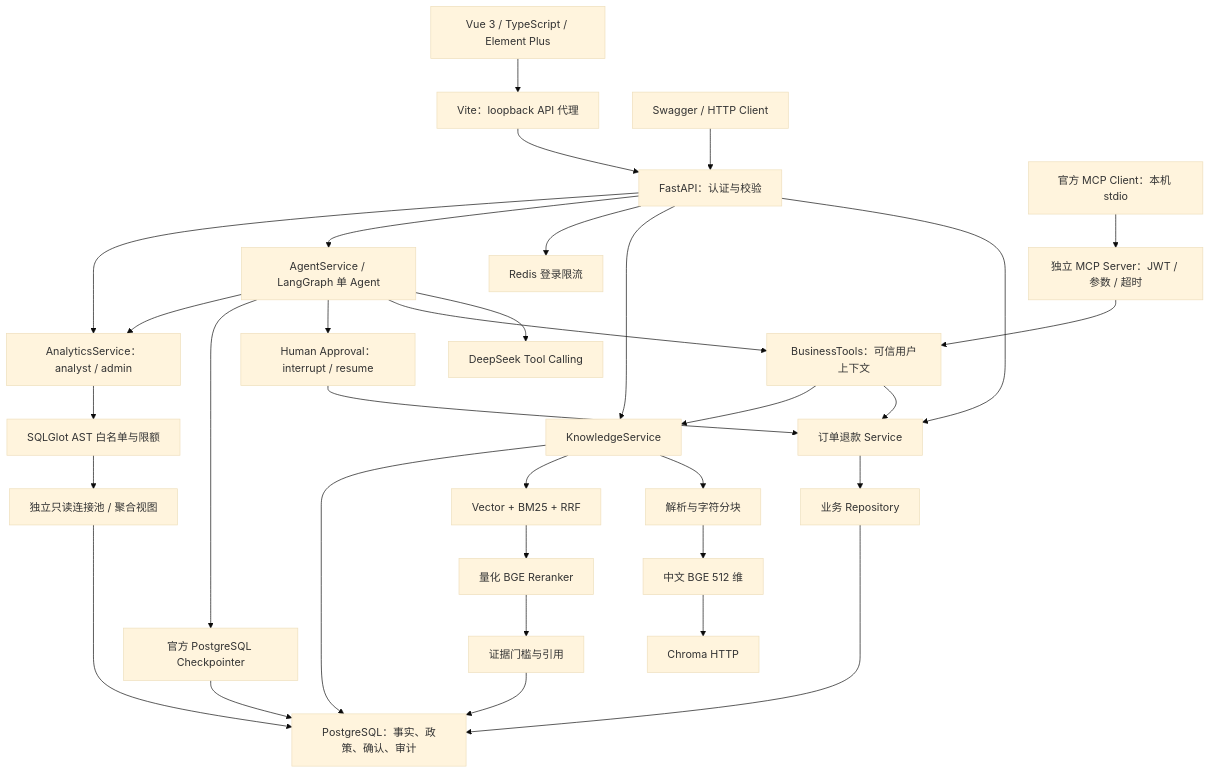
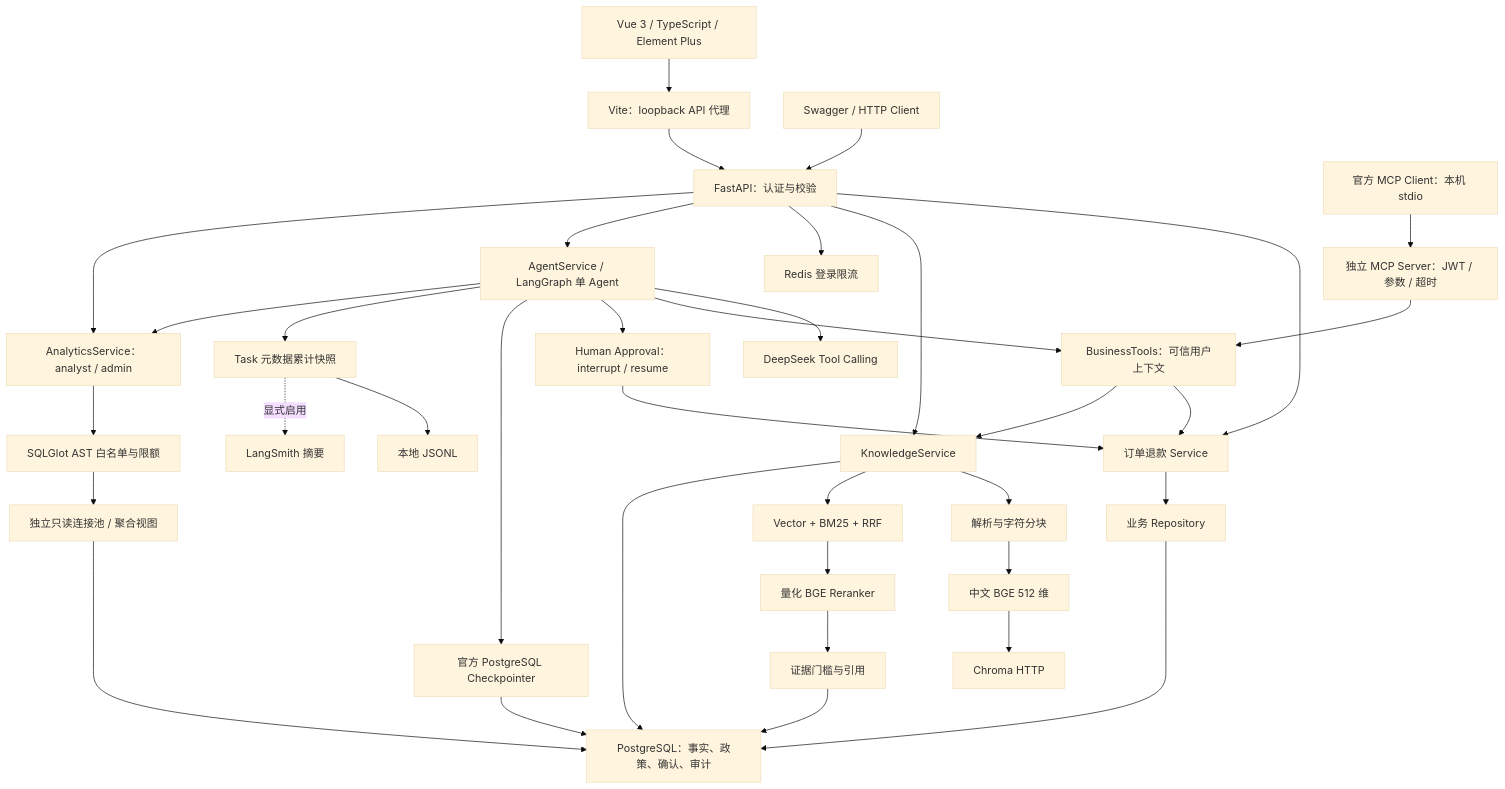
One commit to zjhwwwl/EnterpriseAgent changed the diagram in README.md. Above: the diagram before and after it, drawn with Mermaid (base theme). The commit also changed other lines of this file and 75 other files, not shown here.

````diff
--- a/README.md
+++ b/README.md
@@ -29,36 +30,39 @@
 ```mermaid
 flowchart TD
     WEB["Vue 3 / TypeScript / Element Plus"] --> PROXY["Vite：loopback API 代理"]
     PROXY --> API["FastAPI：认证与校验"]
     CLIENT["Swagger / HTTP Client"] --> API
     API --> BIZ["订单退款 Service"]
     BIZ --> REPO["业务 Repository"]
     REPO --> PG["PostgreSQL：事实、政策、确认、审计"]
 
     API --> KB["KnowledgeService"]
     KB --> PARSE["解析与字符分块"]
     PARSE --> EMBED["中文 BGE 512 维"]
     EMBED --> CHROMA["Chroma HTTP"]
     KB --> HYBRID["Vector + BM25 + RRF"]
     HYBRID --> RERANK["量化 BGE Reranker"]
     RERANK --> EVIDENCE["证据门槛与引用"]
     EVIDENCE --> PG
     KB --> PG
     API --> REDIS["Redis 登录限流"]
     API --> AGENT["AgentService / LangGraph 单 Agent"]
     AGENT --> LLM["DeepSeek Tool Calling"]
     AGENT --> TOOLS["BusinessTools：可信用户上下文"]
     TOOLS --> BIZ
     TOOLS --> KB
     AGENT --> APPROVAL["Human Approval：interrupt / resume"]
     APPROVAL --> BIZ
     AGENT --> CHECKPOINT["官方 PostgreSQL Checkpointer"]
     CHECKPOINT --> PG
+    AGENT --> TRACE["Task 元数据累计快照"]
+    TRACE --> LOCAL["本地 JSONL"]
+    TRACE -. "显式启用" .-> SMITH["LangSmith 摘要"]
     API --> ANALYSIS["AnalyticsService：analyst / admin"]
     AGENT --> ANALYSIS
     ANALYSIS --> SQLGUARD["SQLGlot AST 白名单与限额"]
     SQLGUARD --> READER["独立只读连接池 / 聚合视图"]
     READER --> PG
     MCPCLIENT["官方 MCP Client：本机 stdio"] --> MCP["独立 MCP Server：JWT / 参数 / 超时"]
     MCP --> TOOLS
 ```
````
